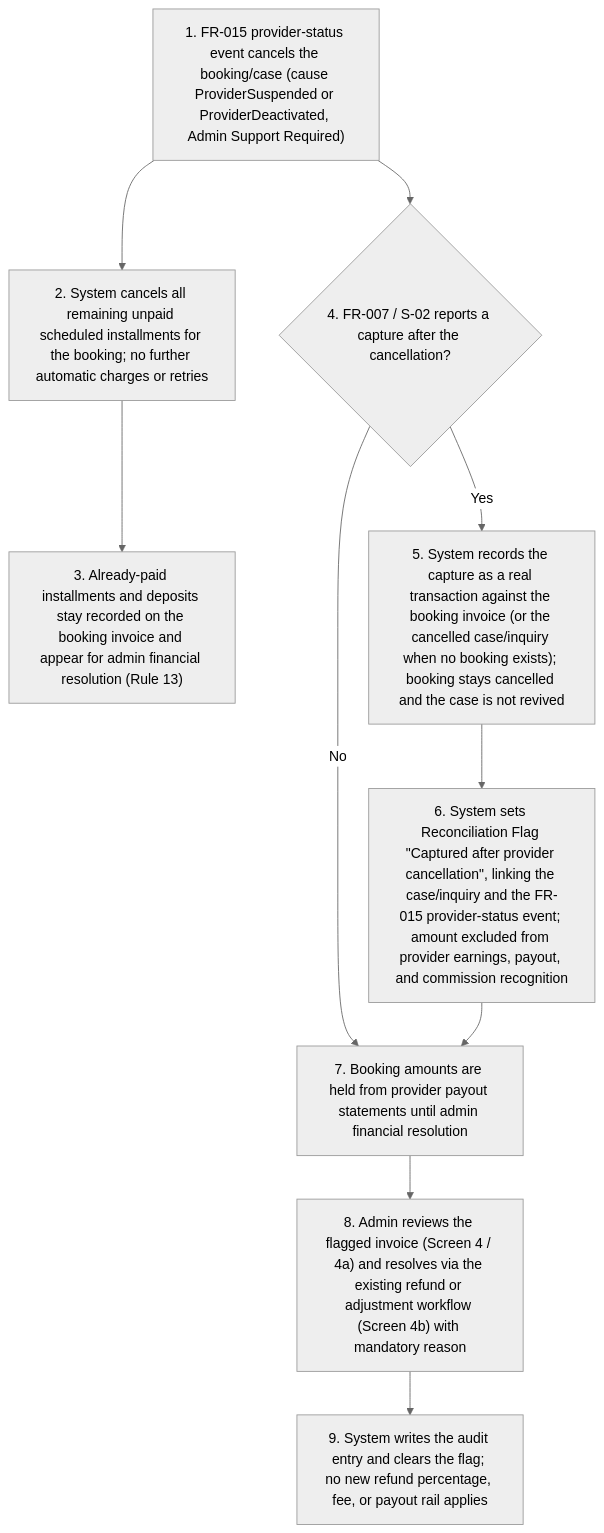
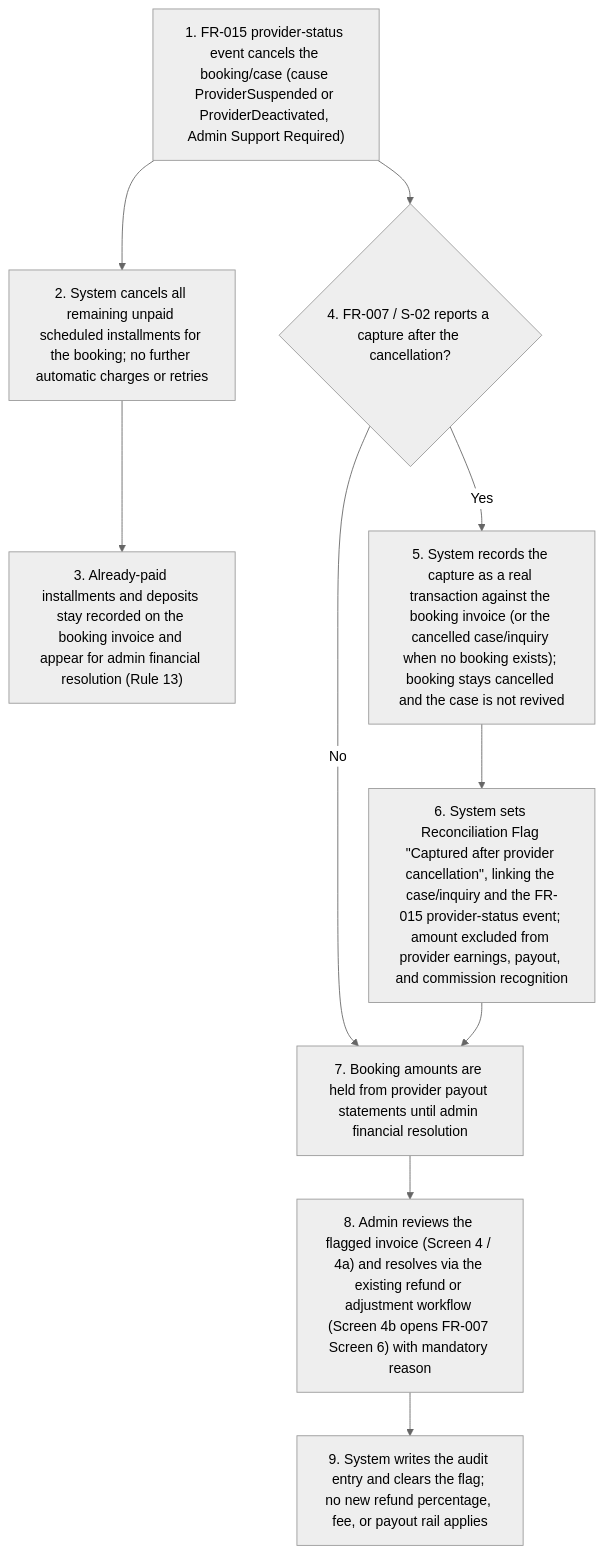
The fifth of 7 diagrams in project-requirements/functional-requirements/fr017-admin-billing-finance/prd.md (joachimtrungtuan/hairline-pm-docs), drawn with Mermaid (neutral theme) before and after one commit. The commit also changed other lines of this file and 5 other files, not shown here.

Commit message:
docs(fr017): apply logic review pass 1 fixes to PRD and graph

````diff
--- a/project-requirements/functional-requirements/fr017-admin-billing-finance/prd.md
+++ b/project-requirements/functional-requirements/fr017-admin-billing-finance/prd.md
@@ -265,12 +260,12 @@
 ```mermaid
 flowchart TD
   B3S1["1. FR-015 provider-status event cancels the booking/case (cause ProviderSuspended or ProviderDeactivated, Admin Support Required)"] --> B3S2["2. System cancels all remaining unpaid scheduled installments for the booking; no further automatic charges or retries"]
   B3S2 --> B3S3["3. Already-paid installments and deposits stay recorded on the booking invoice and appear for admin financial resolution (Rule 13)"]
   B3S1 --> B3S4{"4. FR-007 / S-02 reports a capture after the cancellation?"}
   B3S4 -->|"No"| B3S7
   B3S4 -->|"Yes"| B3S5["5. System records the capture as a real transaction against the booking invoice (or the cancelled case/inquiry when no booking exists); booking stays cancelled and the case is not revived"]
   B3S5 --> B3S6["6. System sets Reconciliation Flag &quot;Captured after provider cancellation&quot;, linking the case/inquiry and the FR-015 provider-status event; amount excluded from provider earnings, payout, and commission recognition"]
   B3S6 --> B3S7["7. Booking amounts are held from provider payout statements until admin financial resolution"]
-  B3S7 --> B3S8["8. Admin reviews the flagged invoice (Screen 4 / 4a) and resolves via the existing refund or adjustment workflow (Screen 4b) with mandatory reason"]
+  B3S7 --> B3S8["8. Admin reviews the flagged invoice (Screen 4 / 4a) and resolves via the existing refund or adjustment workflow (Screen 4b opens FR-007 Screen 6) with mandatory reason"]
   B3S8 --> B3S9["9. System writes the audit entry and clears the flag; no new refund percentage, fee, or payout rail applies"]
 ```
````
